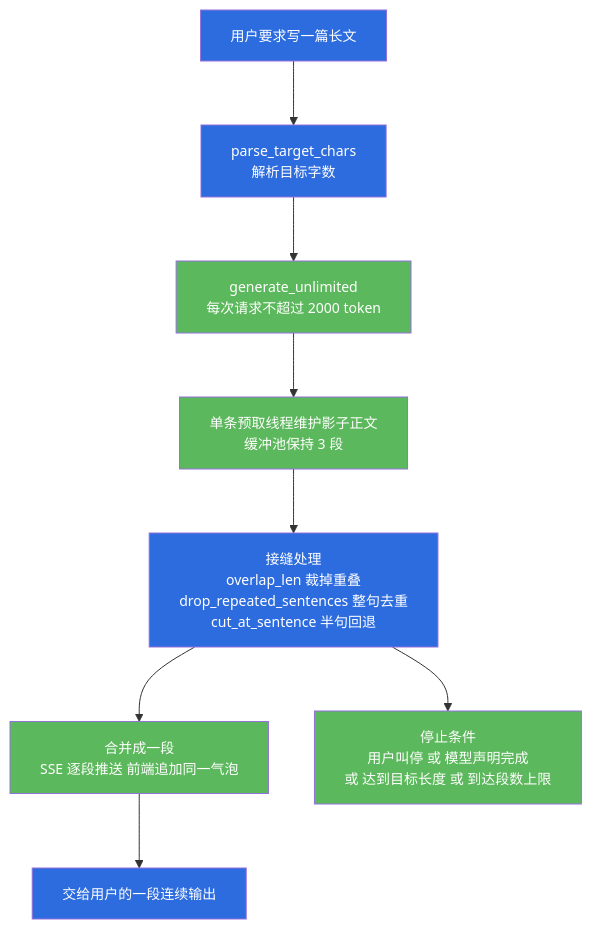
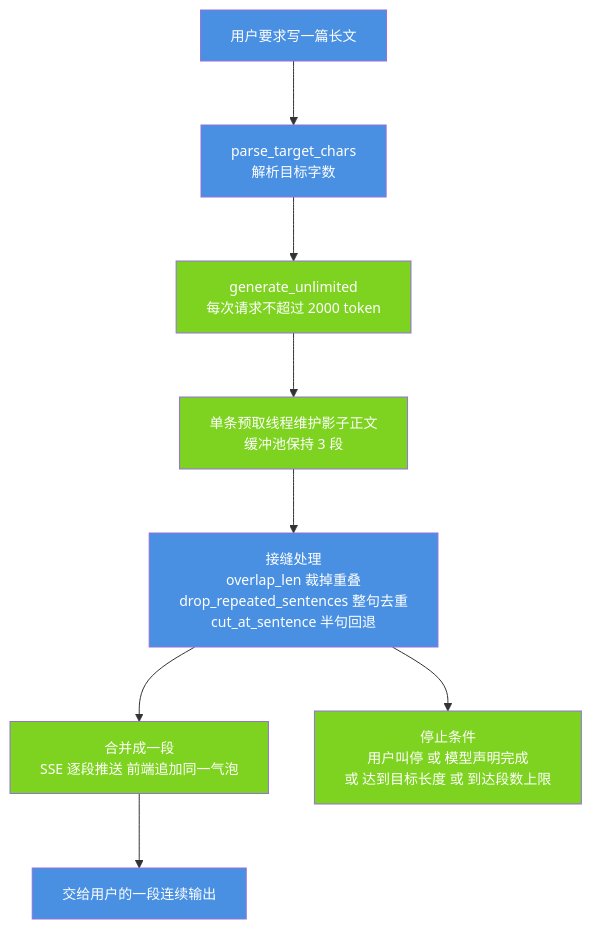
One commit to jiangchuangege/xiaojiao-harnees changed the fifth of 8 diagrams in docs/modules/02-six-infinity.md. Above: the diagram before and after it, drawn with Mermaid. The commit also changed other lines of this file and 32 other files, not shown here.

Commit message:
统一：全仓原理图配色到一套调色板 + 给 12 张灰图补色 + 修正自己会睡那张过期图

````diff
--- a/docs/modules/02-six-infinity.md
+++ b/docs/modules/02-six-infinity.md
@@ -417,19 +417,19 @@
 ```mermaid
 %%{init: {"themeVariables": {"fontSize": "14px"}, "flowchart": {"htmlLabels": true, "wrappingWidth": 340, "nodeSpacing": 46, "rankSpacing": 64, "useMaxWidth": true}}}%%
 flowchart TB
     P["用户要求写一篇长文"] --> T["parse_target_chars<br/>解析目标字数"]
     T --> G["generate_unlimited<br/>每次请求不超过 2000 token"]
     G --> PF["单条预取线程维护影子正文<br/>缓冲池保持 3 段"]
     PF --> J["接缝处理<br/>overlap_len 裁掉重叠<br/>drop_repeated_sentences 整句去重<br/>cut_at_sentence 半句回退"]
     J --> F["合并成一段<br/>SSE 逐段推送 前端追加同一气泡"]
     F --> O["交给用户的一段连续输出"]
     J --> ST["停止条件<br/>用户叫停 或 模型声明完成<br/>或 达到目标长度 或 到达段数上限"]
-    style P fill:#2d6cdf,color:#fff
-    style T fill:#2d6cdf,color:#fff
-    style J fill:#2d6cdf,color:#fff
-    style O fill:#2d6cdf,color:#fff
-    style G fill:#5cb85c,color:#fff
-    style PF fill:#5cb85c,color:#fff
-    style F fill:#5cb85c,color:#fff
-    style ST fill:#5cb85c,color:#fff
+    style P fill:#4A90E2,color:#fff
+    style T fill:#4A90E2,color:#fff
+    style J fill:#4A90E2,color:#fff
+    style O fill:#4A90E2,color:#fff
+    style G fill:#7ED321,color:#fff
+    style PF fill:#7ED321,color:#fff
+    style F fill:#7ED321,color:#fff
+    style ST fill:#7ED321,color:#fff
 ```
````
